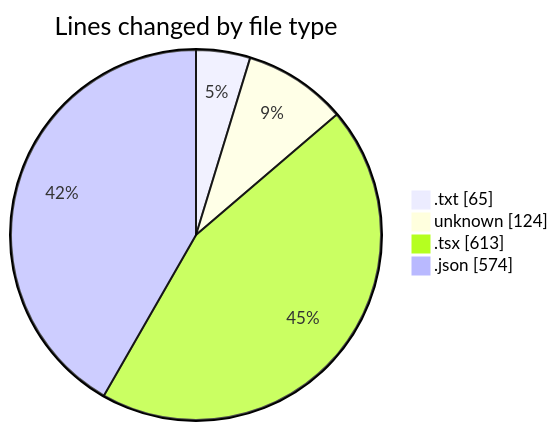
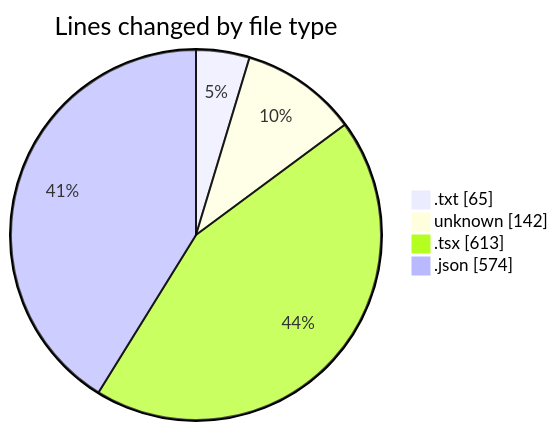
One commit to CELIANVF/code-tracking changed the first of 2 diagrams in 2025-05-22/ecodeli-1/README.md. Above: the diagram before and after it, drawn with Mermaid. The commit also changed other lines of this file and 1 other file, not shown here.

````diff
--- a/2025-05-22/ecodeli-1/README.md
+++ b/2025-05-22/ecodeli-1/README.md
@@ -29,8 +29,8 @@
 ```mermaid
 pie showData
 title Lines changed by file type
 ".txt" : 65
-"unknown" : 124
+"unknown" : 142
 ".tsx" : 613
 ".json" : 574
 ```
````
